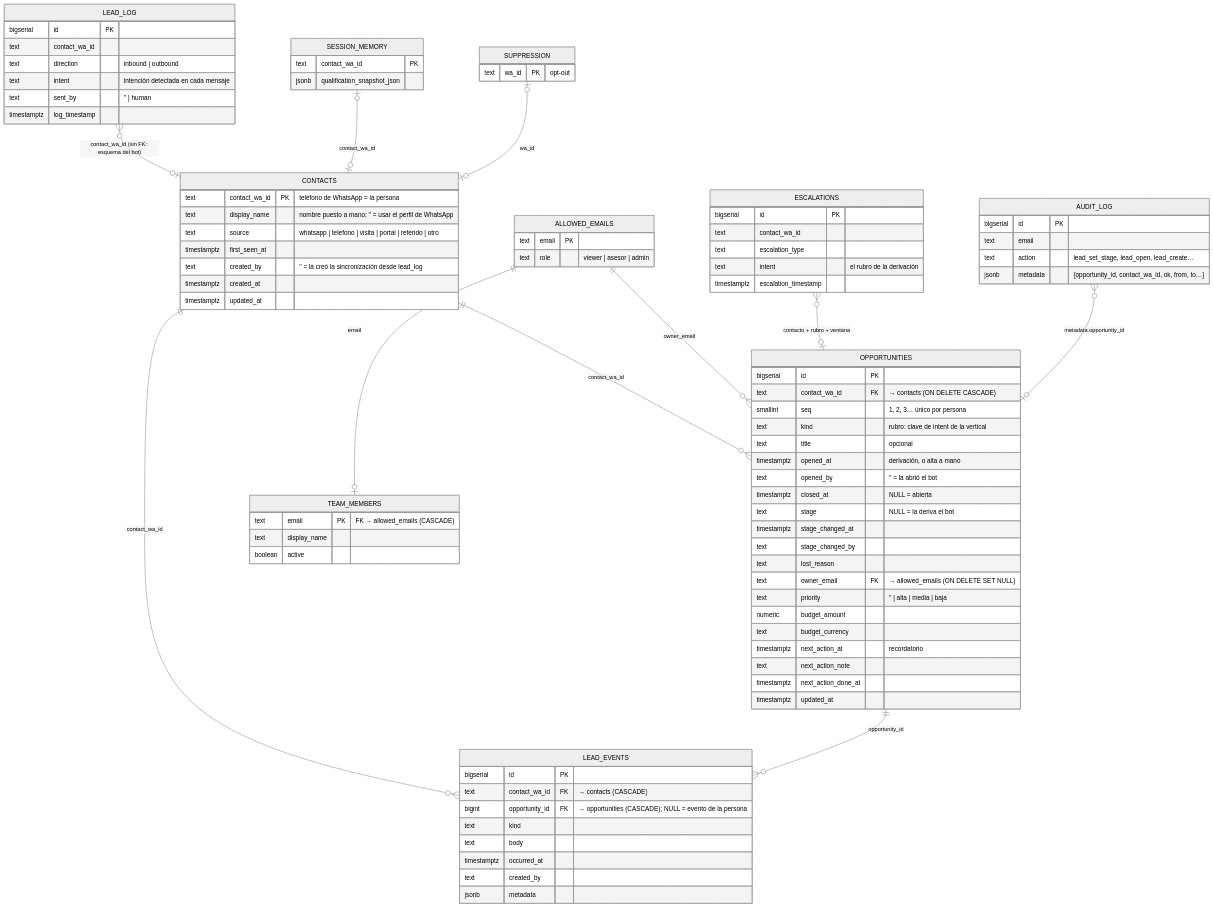
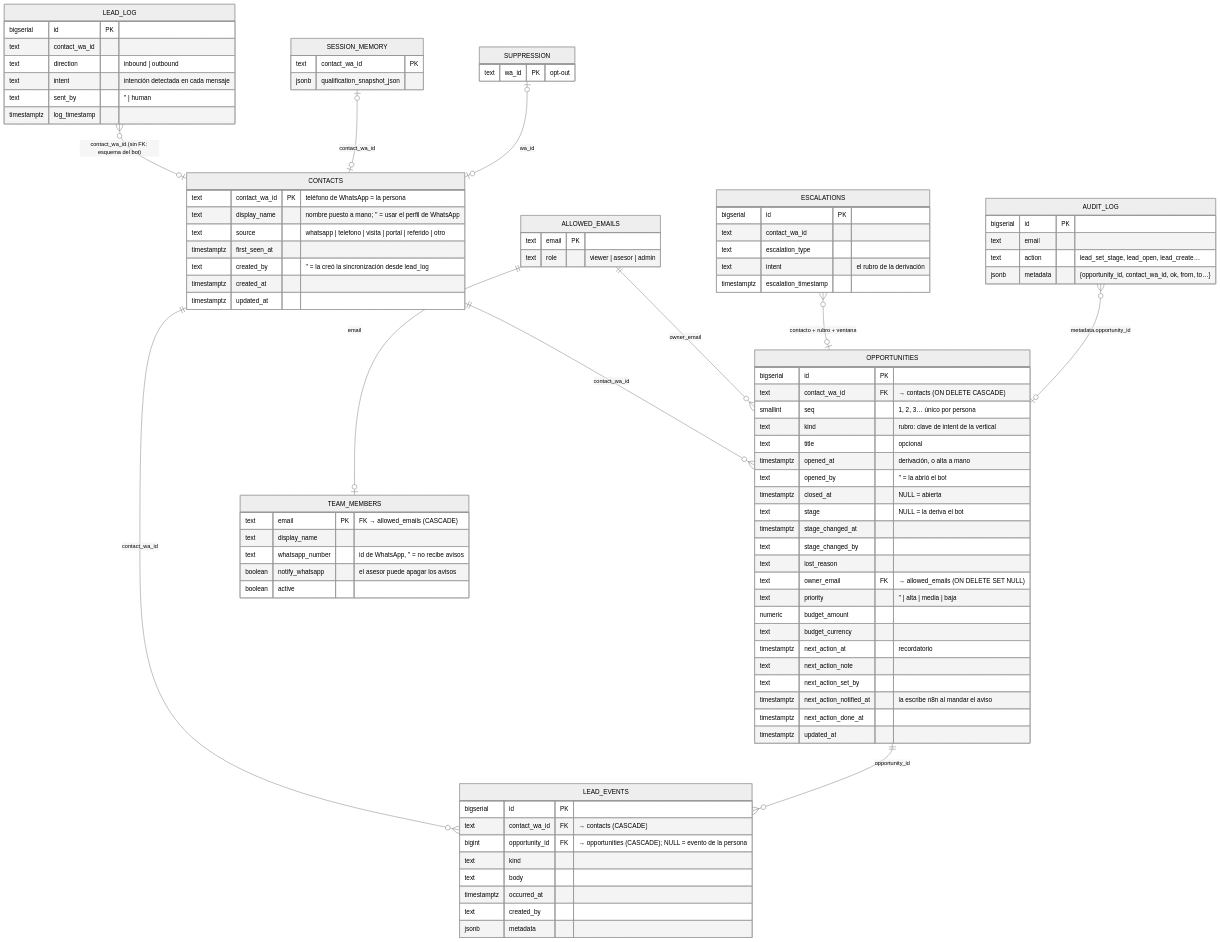
The diagram in docs/crm-oportunidades.md (jperez1804/botargento-dashboard), drawn with Mermaid (neutral theme) before and after one commit. The commit also changed other lines of this file and 23 other files, not shown here.

```diff
--- a/docs/crm-oportunidades.md
+++ b/docs/crm-oportunidades.md
@@ -129,6 +129,8 @@
         text budget_currency
         timestamptz next_action_at "recordatorio"
         text next_action_note
+        text next_action_set_by
+        timestamptz next_action_notified_at "la escribe n8n al mandar el aviso"
         timestamptz next_action_done_at
         timestamptz updated_at
     }
@@ -149,6 +151,8 @@
     TEAM_MEMBERS {
         text email PK "FK → allowed_emails (CASCADE)"
         text display_name
+        text whatsapp_number "id de WhatsApp, '' = no recibe avisos"
+        boolean notify_whatsapp "el asesor puede apagar los avisos"
         boolean active
     }
     AUDIT_LOG {
```
